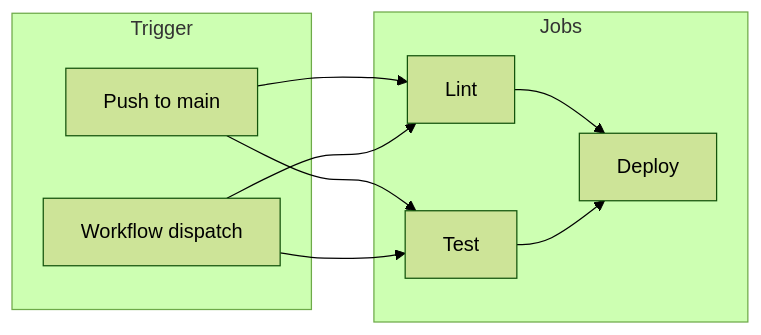
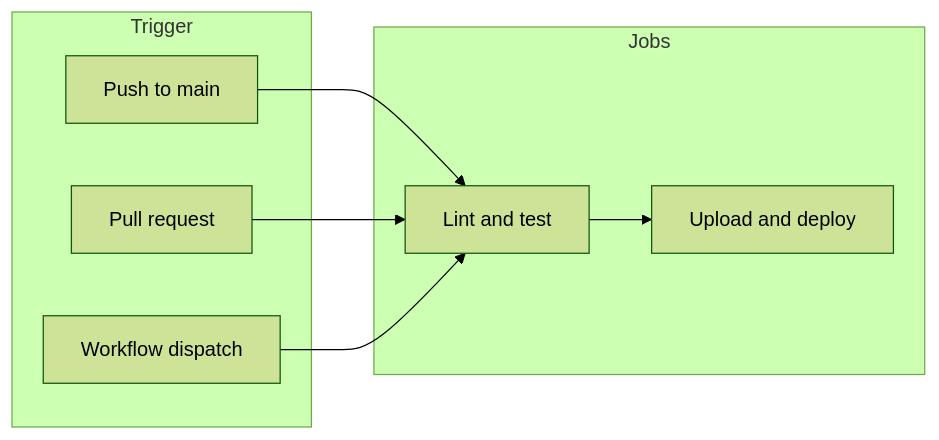
Before and after one commit to MikeBane57/DonkeySwapV2: the first of 8 diagrams in docs/WORKFLOWS.md, drawn with Mermaid (forest theme). The commit also changed other lines of this file and 8 other files, not shown here.

First line of the commit message:
Consolidate CI: one workflow for lint, test, and deploy

````diff
--- a/docs/WORKFLOWS.md
+++ b/docs/WORKFLOWS.md
@@ -13,20 +13,18 @@
 ```mermaid
 flowchart LR
     subgraph trigger["Trigger"]
         P[Push to main]
+        PR[Pull request]
         M[Workflow dispatch]
     end
 
     subgraph jobs["Jobs"]
-        L[Lint]
-        T[Test]
-        D[Deploy]
+        C[Lint and test]
+        D[Upload and deploy]
     end
 
-    P --> L
-    P --> T
-    M --> L
-    M --> T
-    L --> D
-    T --> D
+    P --> C
+    PR --> C
+    M --> C
+    C --> D
 ```
````
